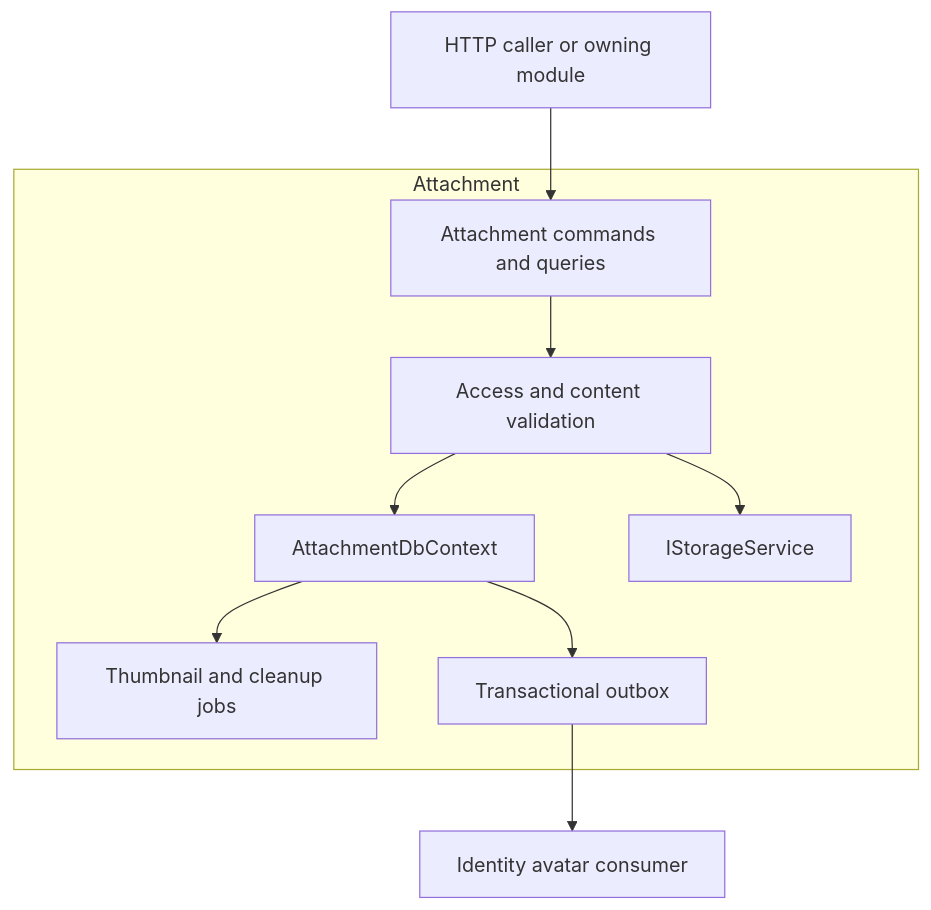
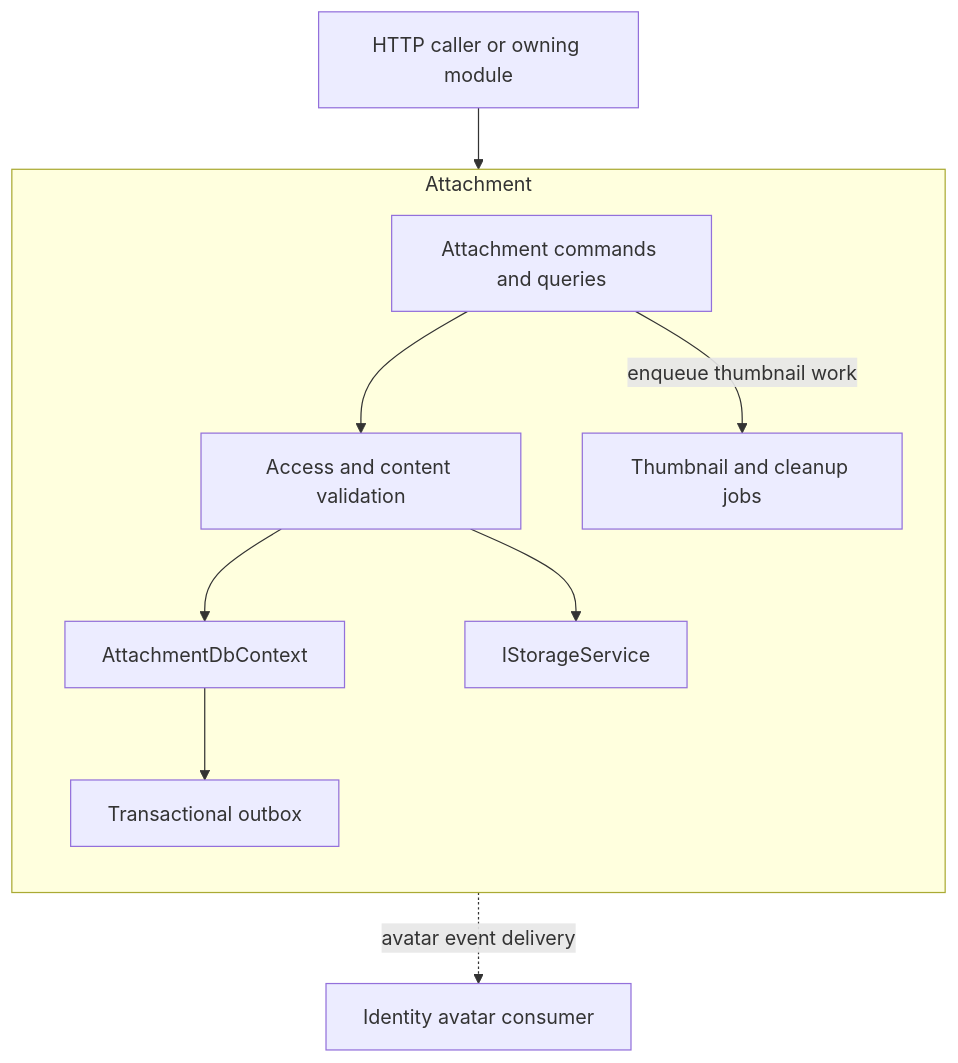
The diagram in wiki/Attachment/README.md (mhasabalah/StarterKit), drawn with Mermaid before and after one commit. The commit also changed 152 other files, not shown here.

Commit message:
feat(docs): add Fumadocs V2 and standardize diagrams

````diff
--- a/wiki/Attachment/README.md
+++ b/wiki/Attachment/README.md
@@ -19,12 +19,20 @@
 ```mermaid
 flowchart TB
+  accTitle: How it works
+  accDescr: Attachment owns storage and metadata; Identity receives committed avatar changes through the outbox.
   C[HTTP caller or owning module] --> A[Attachment commands and queries]
   subgraph Attachment
+    direction TB
     A --> V[Access and content validation]
     V --> D[AttachmentDbContext]
     V --> S[IStorageService]
-    D --> J[Thumbnail and cleanup jobs]
+    A -->|enqueue thumbnail work| J[Thumbnail and cleanup jobs]
     D --> O[Transactional outbox]
   end
-  O --> I[Identity avatar consumer]
+  O -.->|avatar event delivery| I[Identity avatar consumer]
+  class C api
+  class A,V,J,I application
+  class D,S infrastructure
+  class O event
+  class S port
 ```
````
